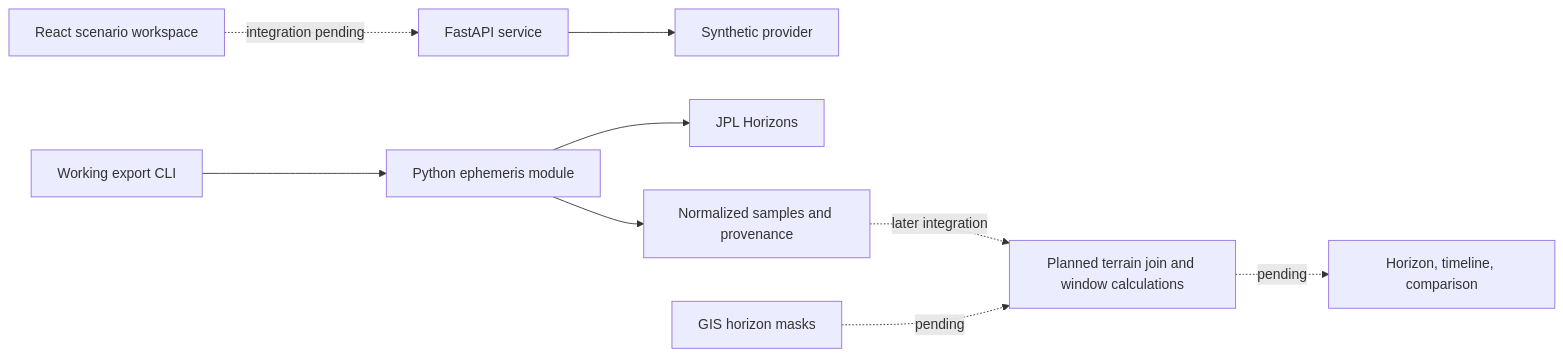
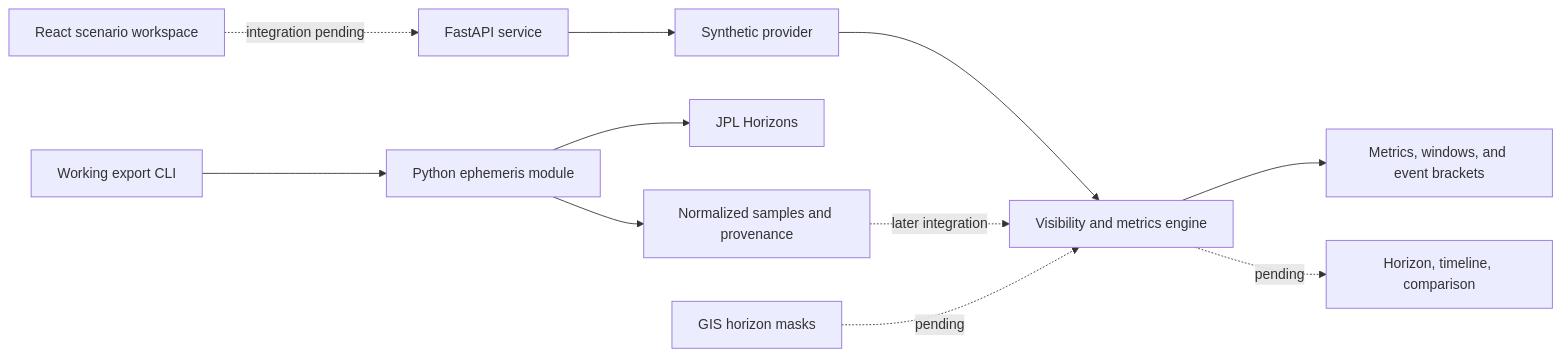
The diagram in docs/architecture.md (mihaicostache1/nasa-space-apps), drawn with Mermaid before and after one commit. The commit also changed other lines of this file and 16 other files, not shown here.

Commit message:
feat: calculate visibility metrics, operating windows, and countdowns

````diff
--- a/docs/architecture.md
+++ b/docs/architecture.md
@@ -34,11 +35,13 @@
 ```mermaid
 flowchart LR
   UI[React scenario workspace] -. integration pending .-> API[FastAPI service]
   API --> Demo[Synthetic provider]
+  Demo --> Domain[Visibility and metrics engine]
+  Domain --> Result[Metrics, windows, and event brackets]
   CLI[Working export CLI] --> Provider[Python ephemeris module]
   Provider --> Horizons[JPL Horizons]
   Provider --> Data[Normalized samples and provenance]
-  Data -. later integration .-> Domain[Planned terrain join and window calculations]
+  Data -. later integration .-> Domain
   GIS[GIS horizon masks] -. pending .-> Domain
   Domain -. pending .-> Views[Horizon, timeline, comparison]
 ```
````
